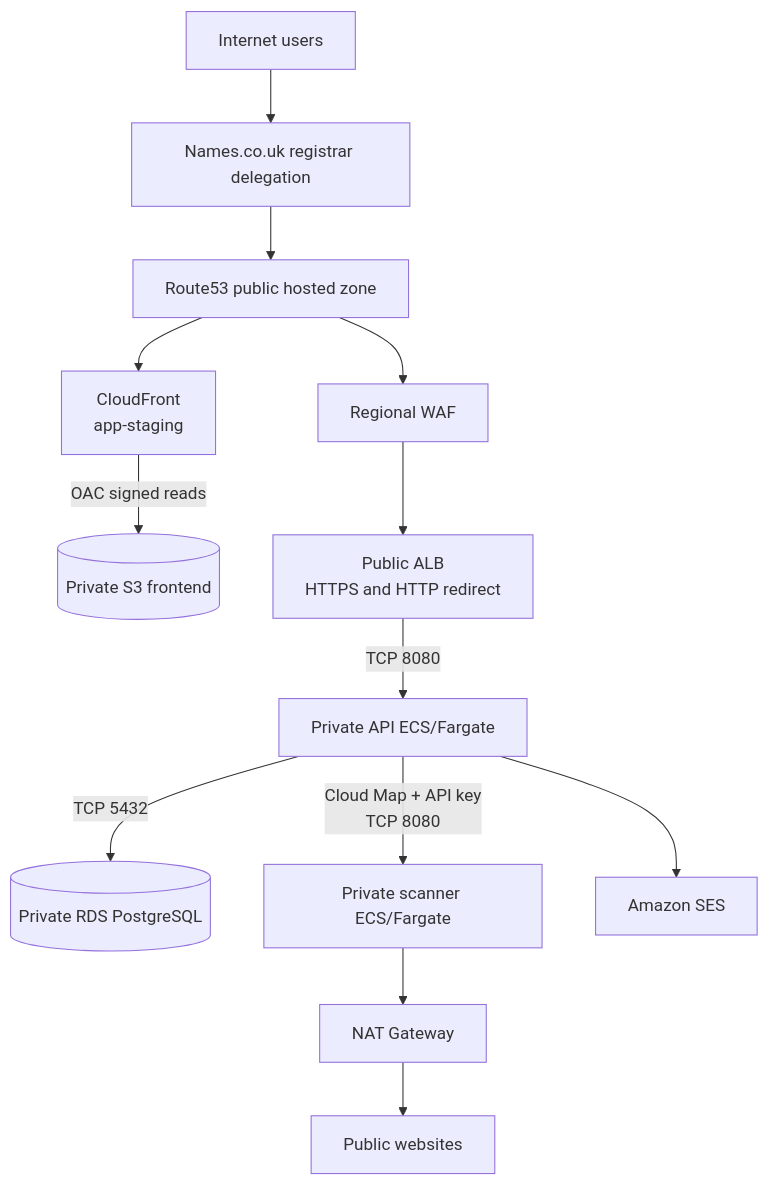
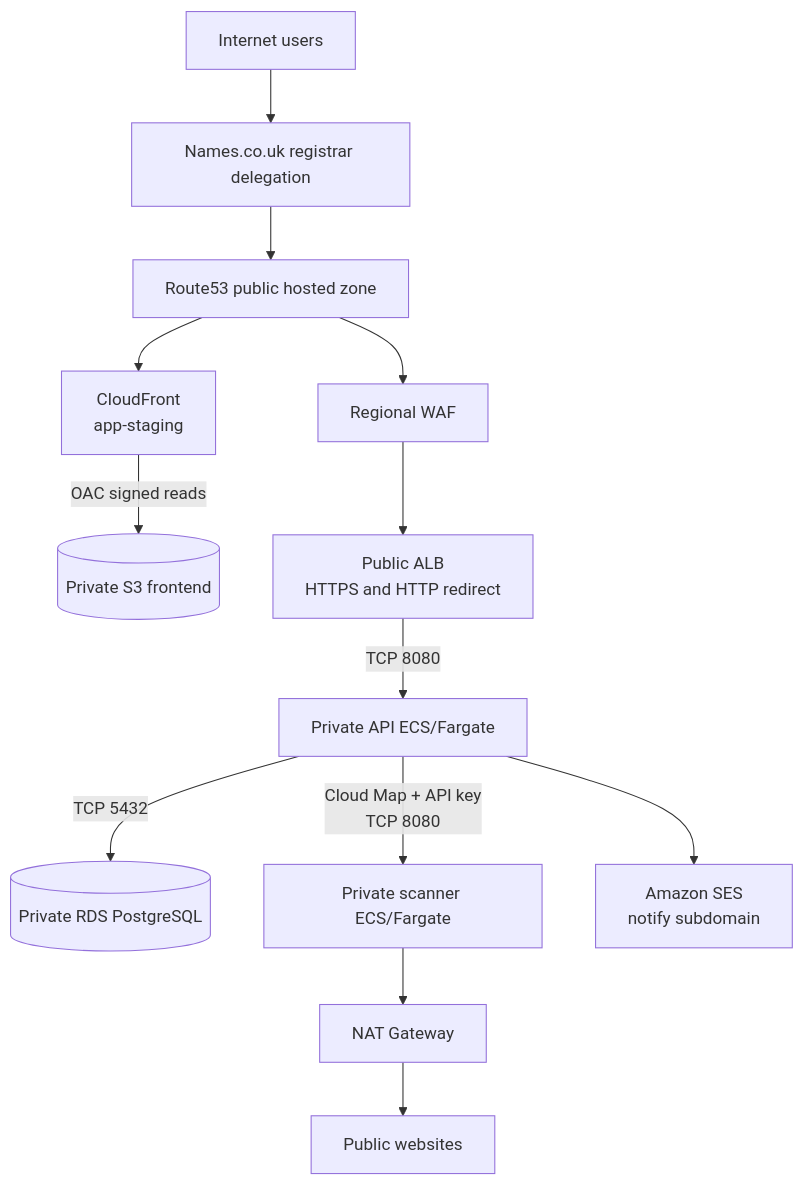
One commit to Dad3-Murp4y/privacyready changed the first of 4 diagrams in docs/ARCHITECTURE.md. Above: the diagram before and after it, drawn with Mermaid. The commit also changed other lines of this file and 11 other files, not shown here.

````diff
--- a/docs/ARCHITECTURE.md
+++ b/docs/ARCHITECTURE.md
@@ -7,15 +7,15 @@
 ```mermaid
 flowchart TB
     U[Internet users] --> REG[Names.co.uk registrar delegation]
     REG --> R53[Route53 public hosted zone]
     R53 --> CF[CloudFront<br/>app-staging]
     CF -->|OAC signed reads| S3[(Private S3 frontend)]
     R53 --> WAF[Regional WAF]
     WAF --> ALB[Public ALB<br/>HTTPS and HTTP redirect]
     ALB -->|TCP 8080| API[Private API ECS/Fargate]
     API -->|TCP 5432| RDS[(Private RDS PostgreSQL)]
     API -->|Cloud Map + API key<br/>TCP 8080| SCAN[Private scanner ECS/Fargate]
-    API --> SES[Amazon SES]
+    API --> SES[Amazon SES<br/>notify subdomain]
     SCAN --> NAT[NAT Gateway]
     NAT --> WEB[Public websites]
 ```
````
